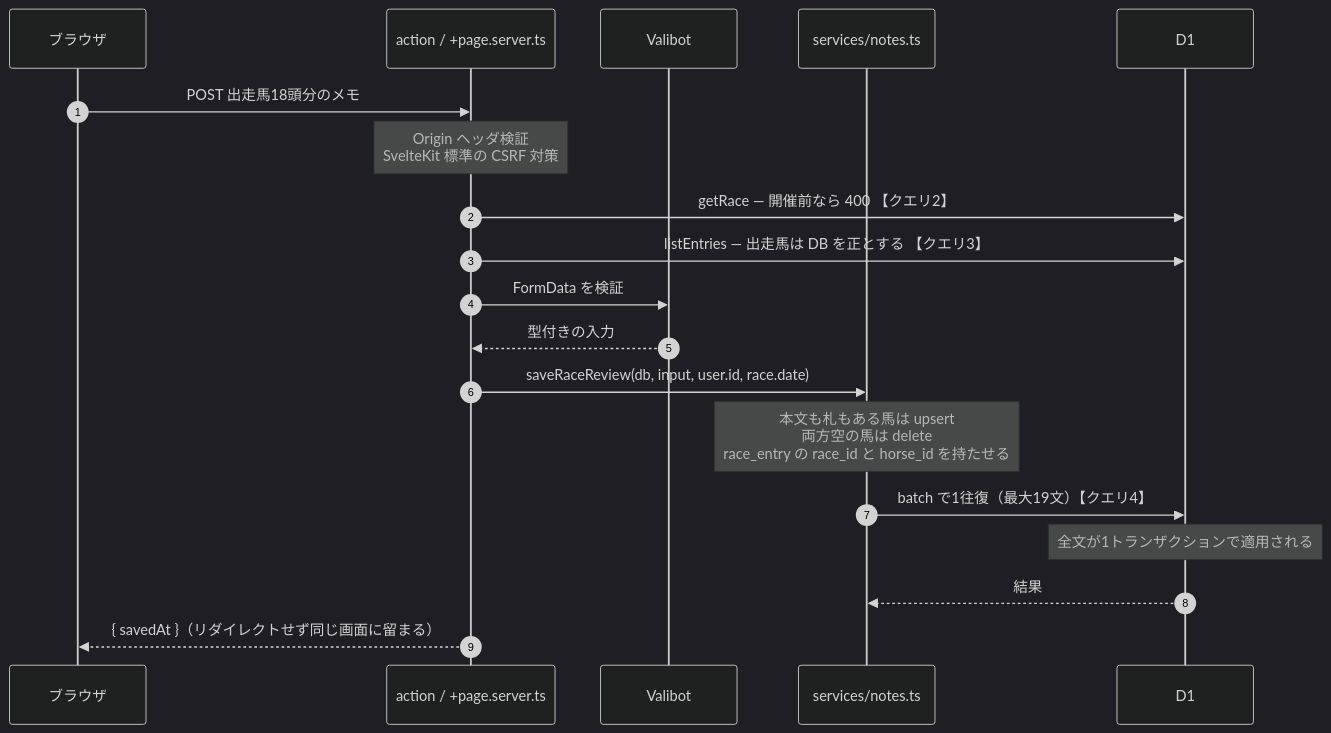
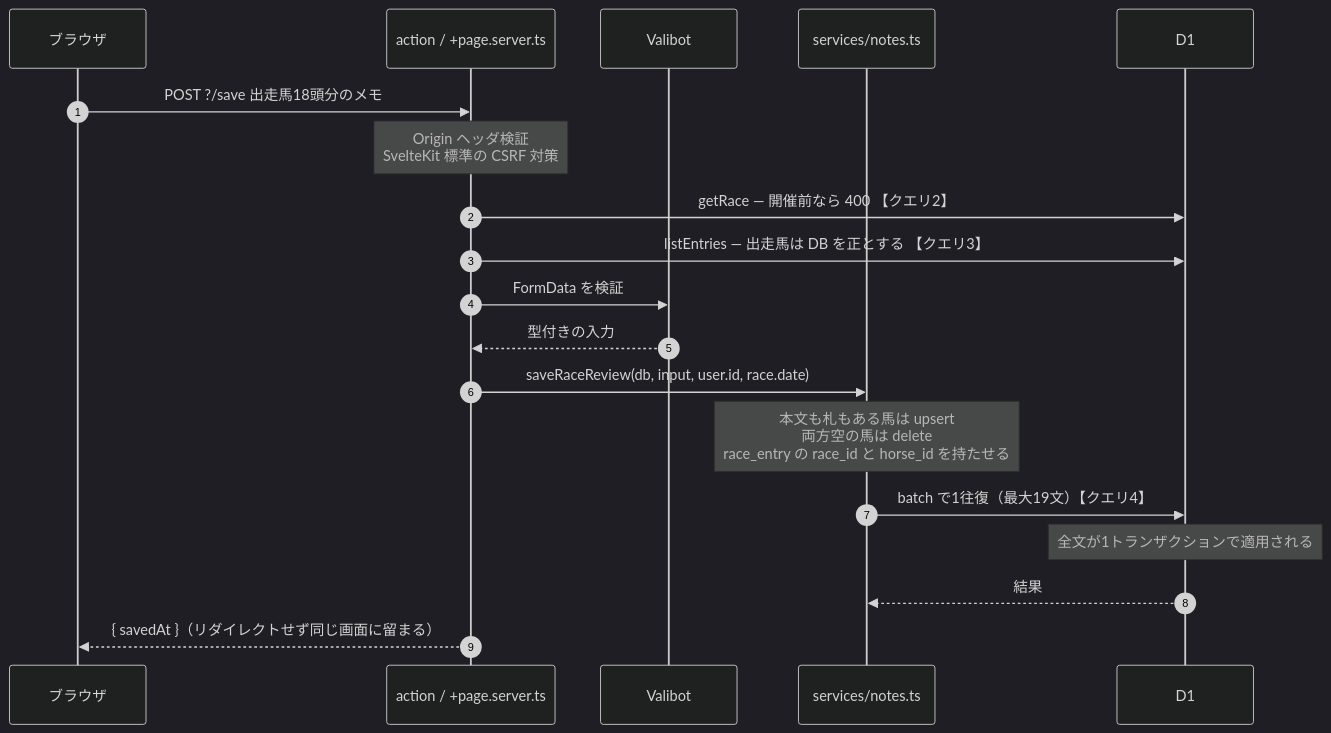
The fourth of 11 diagrams in docs/architecture.md (Atoyr/keiba-note), drawn with Mermaid (dark theme) before and after one commit. The commit also changed other lines of this file and 5 other files, not shown here.

````diff
--- a/docs/architecture.md
+++ b/docs/architecture.md
@@ -366,22 +366,22 @@
 ```mermaid
 sequenceDiagram
     autonumber
     participant B as ブラウザ
     participant A as action / +page.server.ts
     participant V as Valibot
     participant S as services/notes.ts
     participant D as D1
 
-    B->>A: POST 出走馬18頭分のメモ
+    B->>A: POST ?/save 出走馬18頭分のメモ
     Note over A: Origin ヘッダ検証<br/>SvelteKit 標準の CSRF 対策
     A->>D: getRace — 開催前なら 400 【クエリ2】
     A->>D: listEntries — 出走馬は DB を正とする 【クエリ3】
     A->>V: FormData を検証
     V-->>A: 型付きの入力
     A->>S: saveRaceReview(db, input, user.id, race.date)
     Note over S: 本文も札もある馬は upsert<br/>両方空の馬は delete<br/>race_entry の race_id と horse_id を持たせる
     S->>D: batch で1往復（最大19文）【クエリ4】
     Note over D: 全文が1トランザクションで適用される
     D-->>S: 結果
     A-->>B: { savedAt }（リダイレクトせず同じ画面に留まる）
 ```
````
